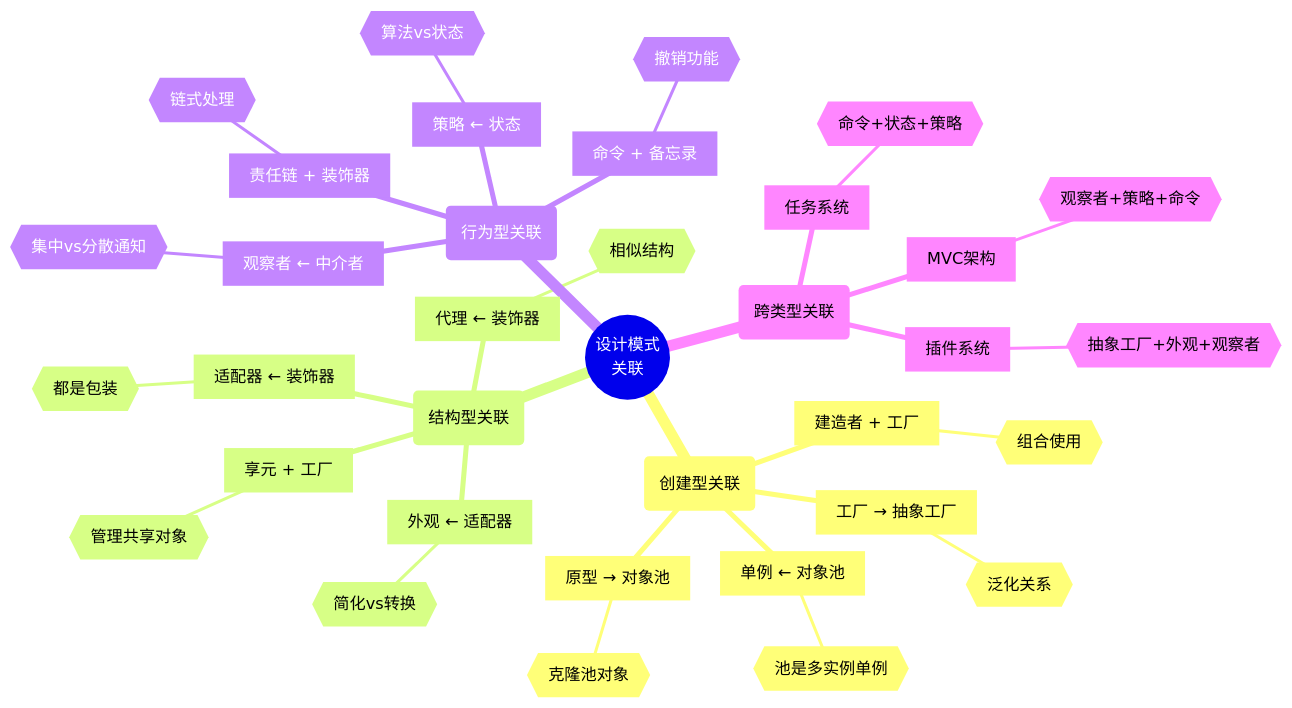
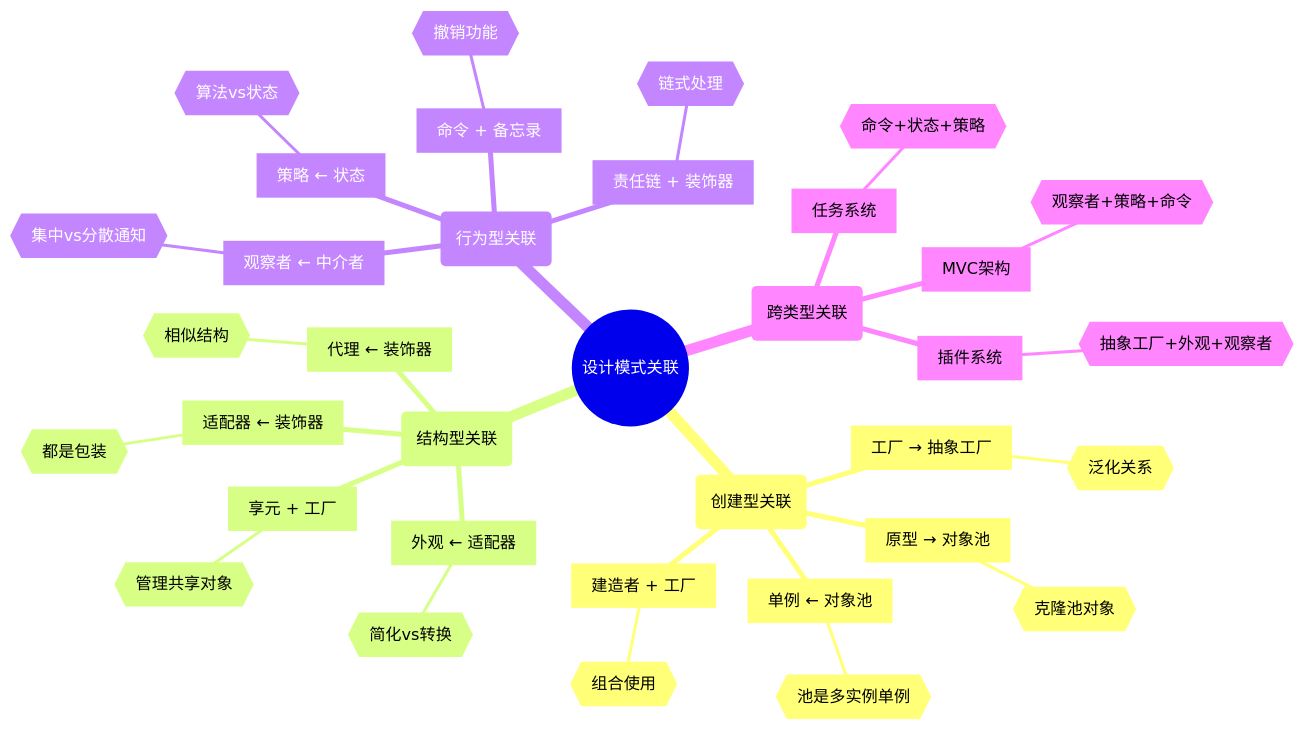
Before and after one commit to martin-ly/rust-lang: the ninth of 20 diagrams in crates/c09_design_pattern/docs/MIND_MAP.md, drawn with Mermaid. The commit also changed other lines of this file and 42 other files, not shown here.

````diff
--- a/crates/c09_design_pattern/docs/MIND_MAP.md
+++ b/crates/c09_design_pattern/docs/MIND_MAP.md
@@ -484,38 +484,38 @@
 ```mermaid
 mindmap
-  root((设计模式<br/>关联))
+  root((设计模式关联))
     (创建型关联)
       [单例 ← 对象池]
         {{池是多实例单例}}
       [工厂 → 抽象工厂]
         {{泛化关系}}
       [建造者 + 工厂]
         {{组合使用}}
       [原型 → 对象池]
         {{克隆池对象}}
     (结构型关联)
       [适配器 ← 装饰器]
         {{都是包装}}
       [代理 ← 装饰器]
         {{相似结构}}
       [外观 ← 适配器]
         {{简化vs转换}}
       [享元 + 工厂]
         {{管理共享对象}}
     (行为型关联)
       [观察者 ← 中介者]
         {{集中vs分散通知}}
       [策略 ← 状态]
         {{算法vs状态}}
       [命令 + 备忘录]
         {{撤销功能}}
       [责任链 + 装饰器]
         {{链式处理}}
     (跨类型关联)
       [MVC架构]
         {{观察者+策略+命令}}
       [插件系统]
         {{抽象工厂+外观+观察者}}
       [任务系统]
         {{命令+状态+策略}}
 ```
````
